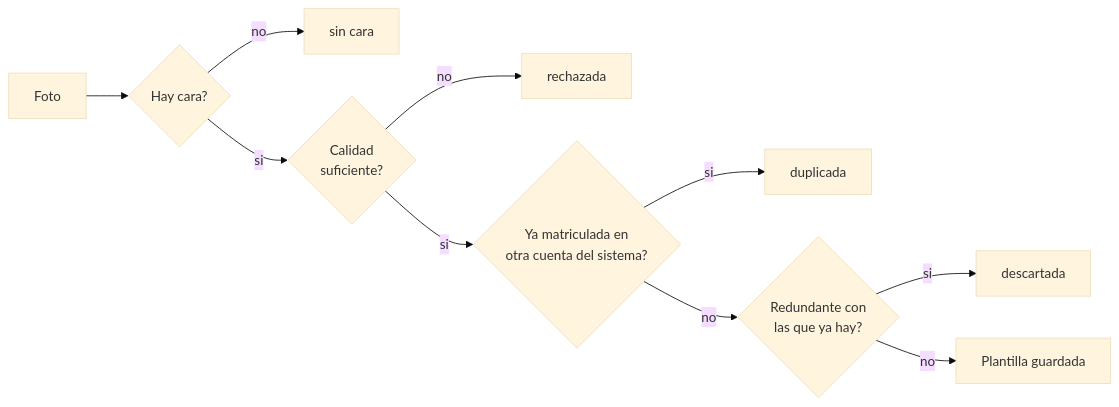
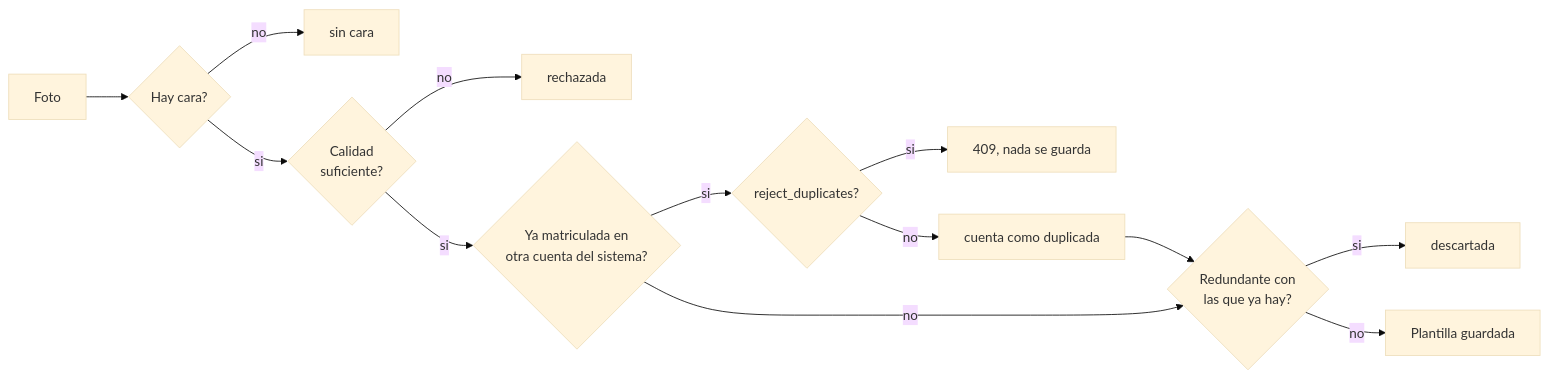
One commit to AIWaveSystems/biometric-service-py changed the diagram in docs/api/usuarios.md. Above: the diagram before and after it, drawn with Mermaid (base theme). The commit also changed other lines of this file and 4 other files, not shown here.

````diff
--- a/docs/api/usuarios.md
+++ b/docs/api/usuarios.md
@@ -168,12 +173,15 @@
 ```mermaid
 flowchart LR
     A[Foto] --> B{Hay cara?}
     B -->|no| X1[sin cara]
     B -->|si| C{Calidad<br/>suficiente?}
     C -->|no| X2[rechazada]
     C -->|si| D{Ya matriculada en<br/>otra cuenta del sistema?}
-    D -->|si| X4[duplicada]
-    D -->|no| E{Redundante con<br/>las que ya hay?}
-    E -->|si| X3[descartada]
-    E -->|no| F[Plantilla guardada]
+    D -->|si| E1{reject_duplicates?}
+    E1 -->|si| E2[409, nada se guarda]
+    E1 -->|no| E3[cuenta como duplicada]
+    D -->|no| F{Redundante con<br/>las que ya hay?}
+    F -->|si| X3[descartada]
+    F -->|no| G[Plantilla guardada]
+    E3 --> F
 ```
````
